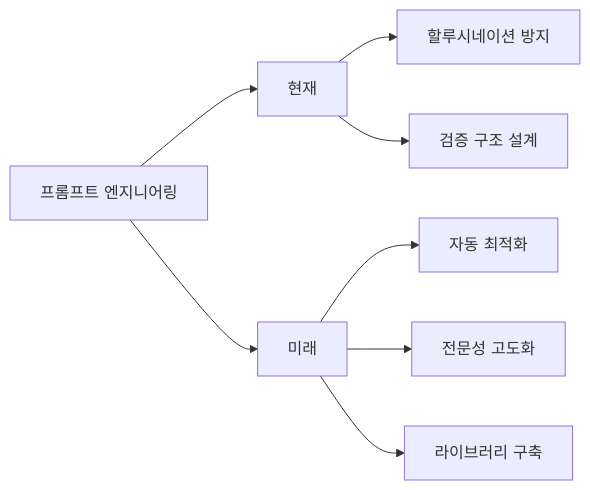
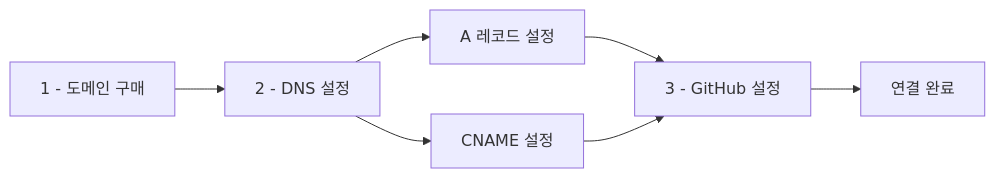
Before and after one commit to nugurejeil/weniVooks: the diagram in _md/essentials-vibecoding/chapter04/04-4.md, drawn with Mermaid. The commit also changed other lines of this file and 49 other files, not shown here.

````diff
--- a/_md/essentials-vibecoding/chapter04/04-4.md
+++ b/_md/essentials-vibecoding/chapter04/04-4.md
@@ -273,12 +11,9 @@
 ```mermaid
 flowchart LR
-    A["프롬프트 엔지니어링"] --> B["현재"]
-    A --> C["미래"]
-
-    B --> B1["할루시네이션 방지"]
-    B --> B2["검증 구조 설계"]
-
-    C --> C1["자동 최적화"]
-    C --> C2["전문성 고도화"]
-    C --> C3["라이브러리 구축"]
+    A["1 - 도메인 구매"] --> B["2 - DNS 설정"]
+    B --> C["A 레코드 설정"]
+    B --> D["CNAME 설정"]
+    C --> E["3 - GitHub 설정"]
+    D --> E
+    E --> F["연결 완료"]
 ```
````
